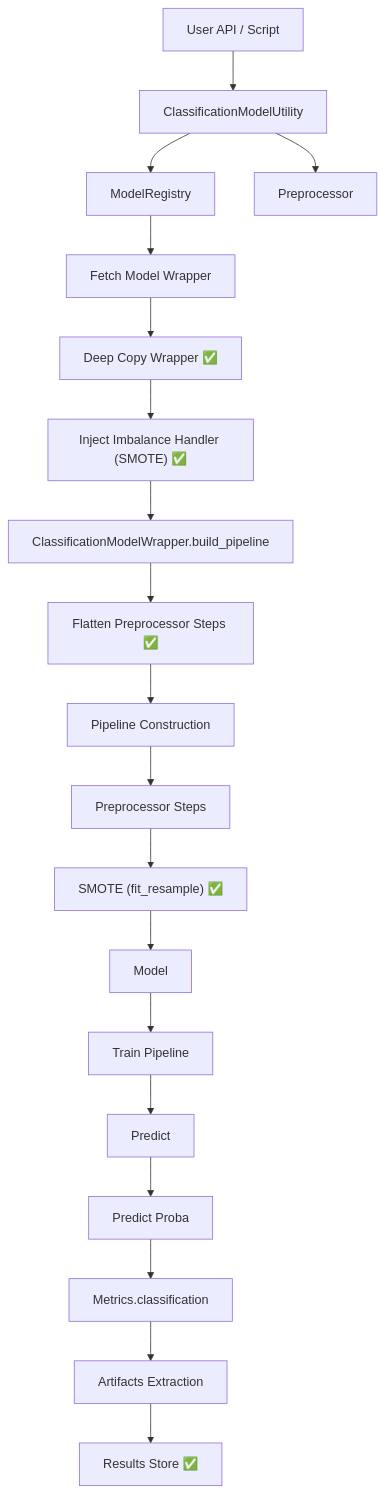
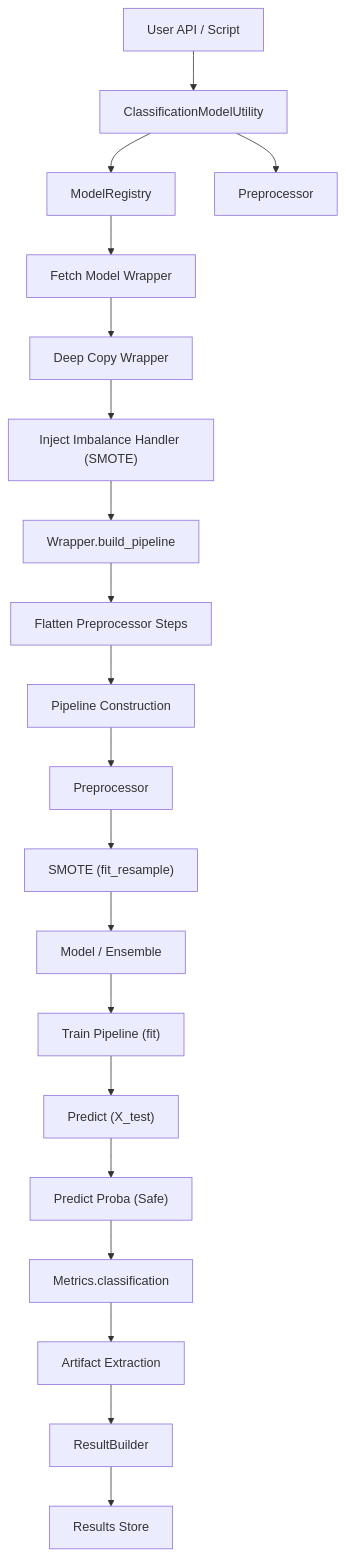
The second of 4 diagrams in lib/utility/machinelearning/facade/CLASSIFICATIONMODELUTILITY.md (abhinavssingh/python-learnings), drawn with Mermaid before and after one commit. The commit also changed other lines of this file and 13 other files, not shown here.

````diff
--- a/lib/utility/machinelearning/facade/CLASSIFICATIONMODELUTILITY.md
+++ b/lib/utility/machinelearning/facade/CLASSIFICATIONMODELUTILITY.md
@@ -58,33 +72,35 @@
 ```mermaid
 flowchart TD
     A[User API / Script] --> B[ClassificationModelUtility]
 
     B --> C[ModelRegistry]
     B --> D[Preprocessor]
 
     C --> E[Fetch Model Wrapper]
-    E --> F[Deep Copy Wrapper ✅]
+    E --> F[Deep Copy Wrapper]
 
-    F --> G["Inject Imbalance Handler (SMOTE) ✅"]
+    F --> G["Inject Imbalance Handler (SMOTE)"]
 
-    G --> H[ClassificationModelWrapper.build_pipeline]
+    G --> H[Wrapper.build_pipeline]
 
-    H --> I[Flatten Preprocessor Steps ✅]
+    H --> I[Flatten Preprocessor Steps]
 
     I --> J[Pipeline Construction]
 
-    J --> J1[Preprocessor Steps]
-    J1 --> J2["SMOTE (fit_resample) ✅"]
-    J2 --> J3[Model]
+    J --> J1[Preprocessor]
+    J1 --> J2["SMOTE (fit_resample)"]
+    J2 --> J3[Model / Ensemble]
 
-    J3 --> K[Train Pipeline]
-    K --> L[Predict]
+    J3 --> K["Train Pipeline (fit)"]
+    K --> L["Predict (X_test)"]
 
-    L --> M[Predict Proba]
+    L --> M["Predict Proba (Safe)"]
 
     M --> N[Metrics.classification]
 
-    N --> O[Artifacts Extraction]
+    N --> O[Artifact Extraction]
 
-    O --> P[Results Store ✅]
+    O --> P[ResultBuilder]
+
+    P --> Q[Results Store]
 ```
````
